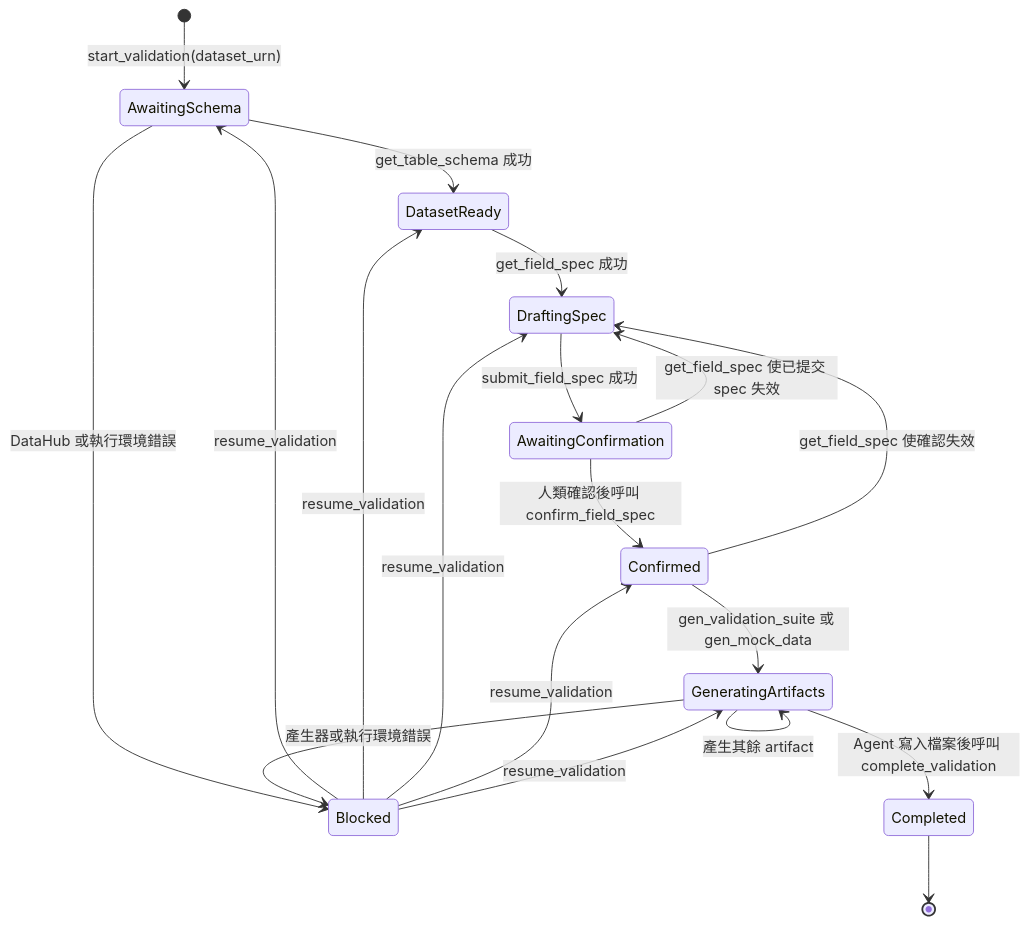
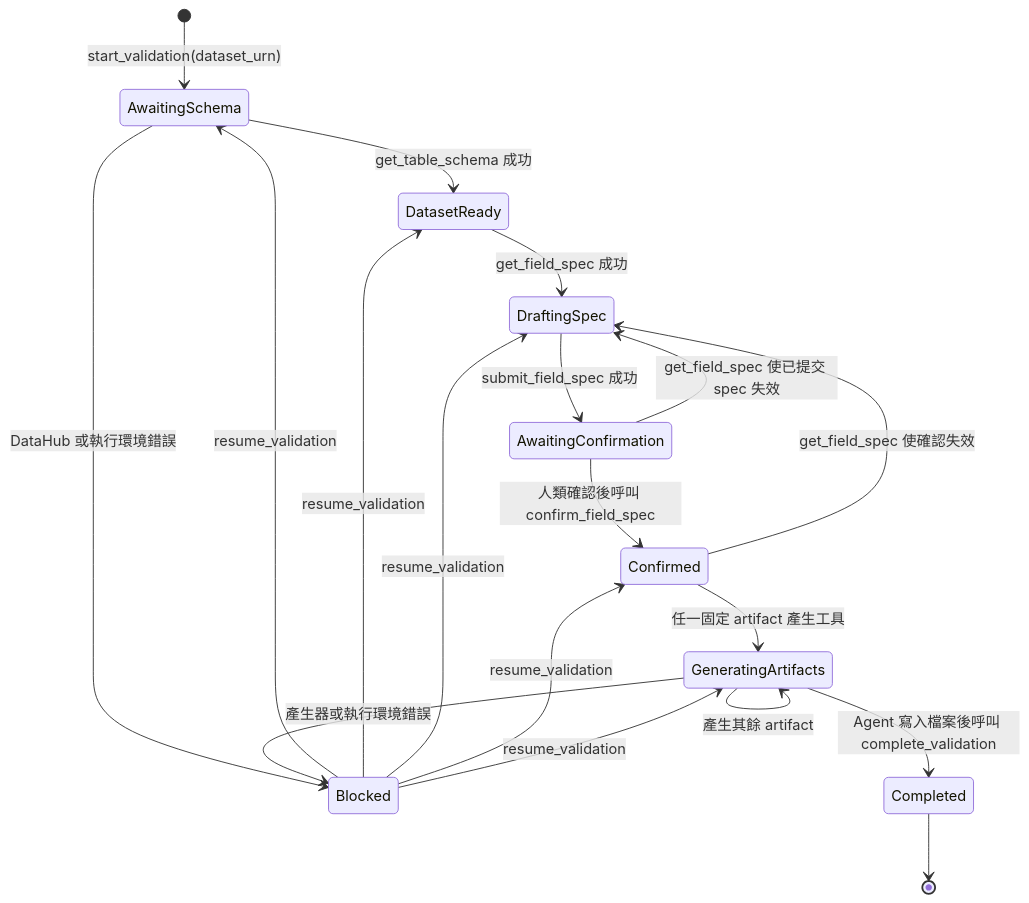
The diagram in agent/README.md (David-Jiang/DataValidationAgent), drawn with Mermaid before and after one commit. The commit also changed other lines of this file and 15 other files, not shown here.

Commit message:
Refactor data validation workflows and update related UI

````diff
--- a/agent/README.md
+++ b/agent/README.md
@@ -38,27 +40,27 @@
 ```mermaid
 stateDiagram-v2
     [*] --> AwaitingSchema: start_validation(dataset_urn)
 
     AwaitingSchema --> DatasetReady: get_table_schema 成功
     AwaitingSchema --> Blocked: DataHub 或執行環境錯誤
 
     DatasetReady --> DraftingSpec: get_field_spec 成功
     DraftingSpec --> AwaitingConfirmation: submit_field_spec 成功
 
     AwaitingConfirmation --> Confirmed: 人類確認後呼叫 confirm_field_spec
     AwaitingConfirmation --> DraftingSpec: get_field_spec 使已提交 spec 失效
     Confirmed --> DraftingSpec: get_field_spec 使確認失效
 
-    Confirmed --> GeneratingArtifacts: gen_validation_suite 或 gen_mock_data
+    Confirmed --> GeneratingArtifacts: 任一固定 artifact 產生工具
     GeneratingArtifacts --> GeneratingArtifacts: 產生其餘 artifact
     GeneratingArtifacts --> Completed: Agent 寫入檔案後呼叫 complete_validation
     GeneratingArtifacts --> Blocked: 產生器或執行環境錯誤
 
     Blocked --> AwaitingSchema: resume_validation
     Blocked --> DatasetReady: resume_validation
     Blocked --> DraftingSpec: resume_validation
     Blocked --> Confirmed: resume_validation
     Blocked --> GeneratingArtifacts: resume_validation
 
     Completed --> [*]
 ```
````
